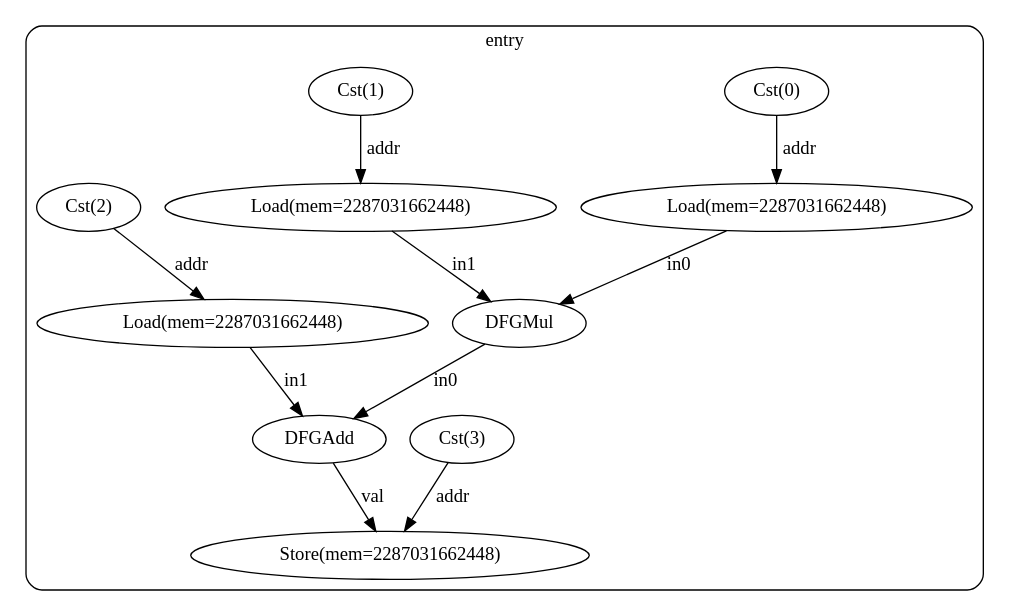
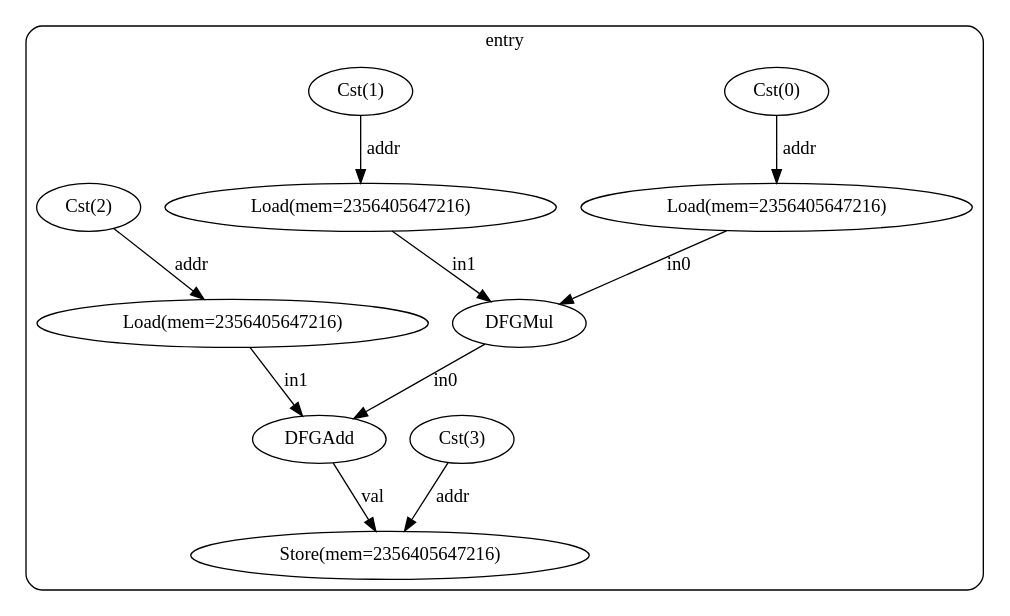
Before and after one commit to ma-carrillo/High-level-synthesis-assignment: the diagram in test00/cfg_with_dfg.dot, drawn with Graphviz. The commit also changed 26 other files, not shown here.

```diff
--- a/test00/cfg_with_dfg.dot
+++ b/test00/cfg_with_dfg.dot
@@ -1,26 +1,26 @@
 digraph "cfg" {
   compound=true;
   subgraph "cluster_bb0" {
     label="entry";
     style=rounded;
     bb0_n0 [label="Cst(3)"];
     bb0_n1 [label="Cst(0)"];
-    bb0_n2 [label="Load(mem=2287031662448)"];
+    bb0_n2 [label="Load(mem=2356405647216)"];
     bb0_n3 [label="Cst(1)"];
-    bb0_n4 [label="Load(mem=2287031662448)"];
+    bb0_n4 [label="Load(mem=2356405647216)"];
     bb0_n5 [label="DFGMul"];
     bb0_n6 [label="Cst(2)"];
-    bb0_n7 [label="Load(mem=2287031662448)"];
+    bb0_n7 [label="Load(mem=2356405647216)"];
     bb0_n8 [label="DFGAdd"];
-    bb0_n9 [label="Store(mem=2287031662448)"];
+    bb0_n9 [label="Store(mem=2356405647216)"];
     bb0_n0 -> bb0_n9 [label="addr"];
     bb0_n1 -> bb0_n2 [label="addr"];
     bb0_n2 -> bb0_n5 [label="in0"];
     bb0_n3 -> bb0_n4 [label="addr"];
     bb0_n4 -> bb0_n5 [label="in1"];
     bb0_n5 -> bb0_n8 [label="in0"];
     bb0_n6 -> bb0_n7 [label="addr"];
     bb0_n7 -> bb0_n8 [label="in1"];
     bb0_n8 -> bb0_n9 [label="val"];
   }
 }
```
